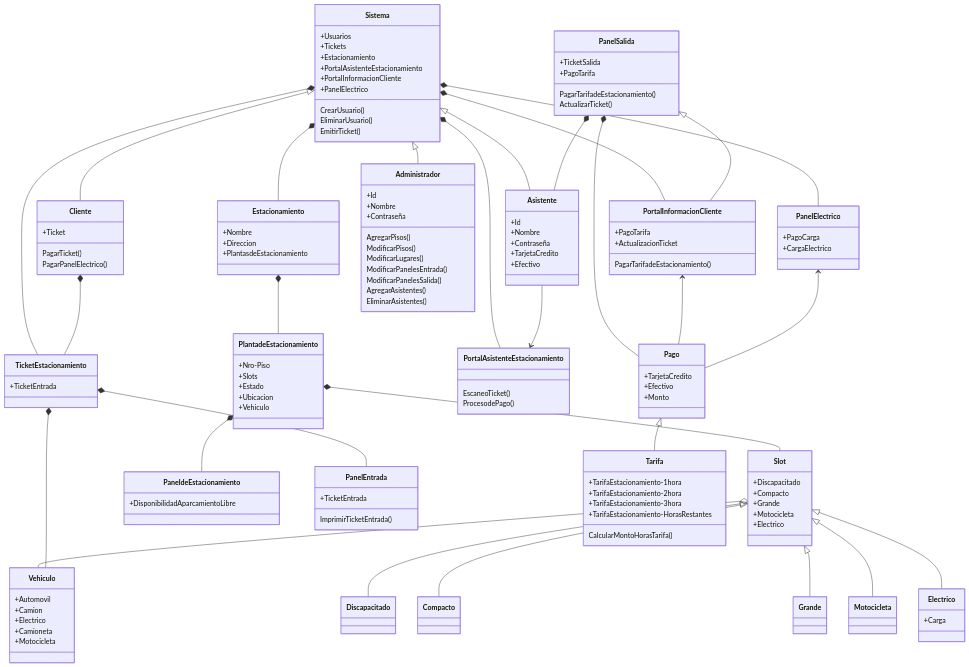
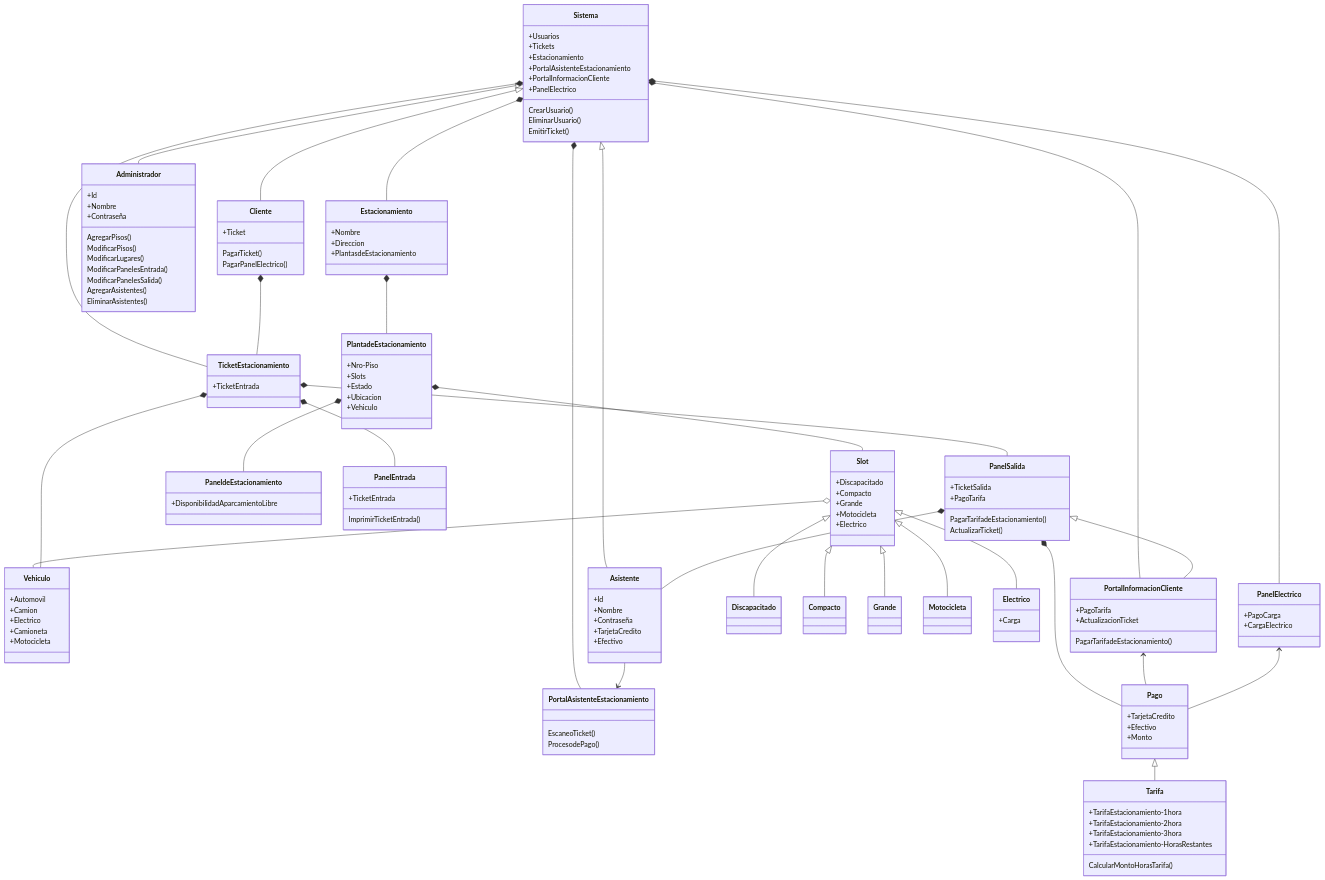
The diagram in doc/diagrama.mmd (09MauroID/Estacionamiento), drawn with Mermaid before and after one commit.

```diff
--- a/doc/diagrama.mmd
+++ b/doc/diagrama.mmd
@@ -1,151 +1,152 @@
 classDiagram
     Estacionamiento *-- PlantadeEstacionamiento
     PlantadeEstacionamiento *-- Slot
     Slot o-- Vehiculo
     PlantadeEstacionamiento *-- PaneldeEstacionamiento
     
     Sistema *-- Estacionamiento
     Sistema *-- TicketEstacionamiento
     Sistema *-- PortalAsistenteEstacionamiento
     Sistema *-- PortalInformacionCliente
     Sistema *-- PanelElectrico
 
     Slot <|-- Discapacitado
     Slot <|-- Compacto
     Slot <|-- Grande
     Slot <|-- Motocicleta
     Slot <|-- Electrico
     
     Sistema <|-- Administrador
     Sistema <|-- Cliente
     Sistema <|-- Asistente
     
     Asistente --> PortalAsistenteEstacionamiento
 
     Cliente *-- TicketEstacionamiento
 
     TicketEstacionamiento *-- PanelEntrada
+    TicketEstacionamiento *-- PanelSalida
     TicketEstacionamiento *-- Vehiculo
 
     PanelSalida *-- Asistente
     PanelSalida *-- Pago
     PanelSalida <|-- PortalInformacionCliente    
 
     PortalInformacionCliente <-- Pago
 
     PanelElectrico <-- Pago
 
     Pago <|-- Tarifa
 
     class Sistema
     Sistema: +Usuarios
     Sistema: +Tickets
     Sistema: +Estacionamiento
     Sistema: +PortalAsistenteEstacionamiento
     Sistema: +PortalInformacionCliente
     Sistema: +PanelElectrico
     Sistema: CrearUsuario()
     Sistema: EliminarUsuario()
     Sistema: EmitirTicket()
 
     class Estacionamiento
     Estacionamiento: +Nombre
     Estacionamiento: +Direccion
     Estacionamiento: +PlantasdeEstacionamiento
 
     class PlantadeEstacionamiento
     PlantadeEstacionamiento: +Nro-Piso
     PlantadeEstacionamiento: +Slots
     PlantadeEstacionamiento: +Estado
     PlantadeEstacionamiento: +Ubicacion
     PlantadeEstacionamiento: +Vehiculo
 
     class Slot
     Slot: +Discapacitado
     Slot: +Compacto
     Slot: +Grande
     Slot: +Motocicleta
     Slot: +Electrico
     
     class Discapacitado
 
     class Compacto
     
     class Grande
     
     class Motocicleta
     
     class Electrico
     Electrico: +Carga
 
     class Vehiculo
     Vehiculo: +Automovil
     Vehiculo: +Camion
     Vehiculo: +Electrico
     Vehiculo: +Camioneta
     Vehiculo: +Motocicleta
 
     class Administrador
     Administrador: +Id
     Administrador: +Nombre
     Administrador: +Contraseña
     Administrador: AgregarPisos()
     Administrador: ModificarPisos()
     Administrador: ModificarLugares()
     Administrador: ModificarPanelesEntrada()
     Administrador: ModificarPanelesSalida()
     Administrador: AgregarAsistentes()
     Administrador: EliminarAsistentes()
 
     class Asistente
     Asistente: +Id
     Asistente: +Nombre
     Asistente: +Contraseña
     Asistente: +TarjetaCredito
     Asistente: +Efectivo
     
     class Cliente
     Cliente: +Ticket
     Cliente: PagarTicket()
     Cliente: PagarPanelElectrico()
 
     class TicketEstacionamiento
     TicketEstacionamiento: +TicketEntrada
 
     class PanelEntrada
     PanelEntrada: +TicketEntrada
     PanelEntrada: ImprimirTicketEntrada()
 
     class PanelSalida
     PanelSalida: +TicketSalida
     PanelSalida: +PagoTarifa
     PanelSalida: PagarTarifadeEstacionamiento()
     PanelSalida: ActualizarTicket()
 
     class Pago
     Pago: +TarjetaCredito
     Pago: +Efectivo
     Pago: +Monto
 
     class Tarifa
     Tarifa: +TarifaEstacionamiento-1hora
     Tarifa: +TarifaEstacionamiento-2hora
     Tarifa: +TarifaEstacionamiento-3hora
     Tarifa: +TarifaEstacionamiento-HorasRestantes
     Tarifa: CalcularMontoHorasTarifa()
 
     class PaneldeEstacionamiento
     PaneldeEstacionamiento: +DisponibilidadAparcamientoLibre
 
     class PortalAsistenteEstacionamiento
     PortalAsistenteEstacionamiento: EscaneoTicket()
     PortalAsistenteEstacionamiento: ProcesodePago()
 
     class PortalInformacionCliente
     PortalInformacionCliente: +PagoTarifa
     PortalInformacionCliente: +ActualizacionTicket
     PortalInformacionCliente: PagarTarifadeEstacionamiento()
 
     class PanelElectrico
     PanelElectrico: +PagoCarga
     PanelElectrico: +CargaElectrico
```
